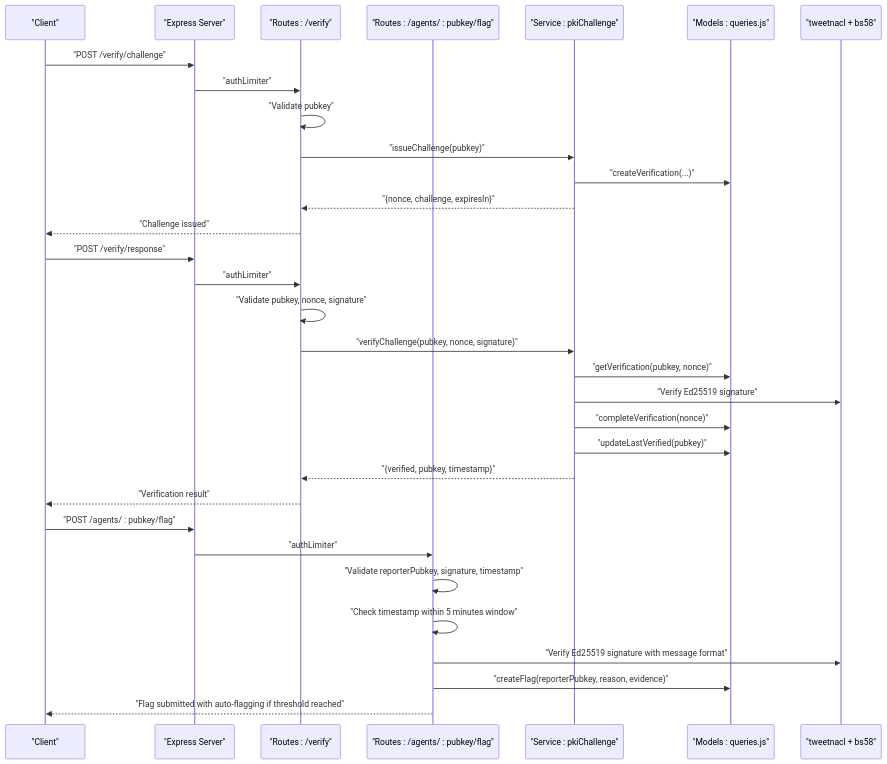
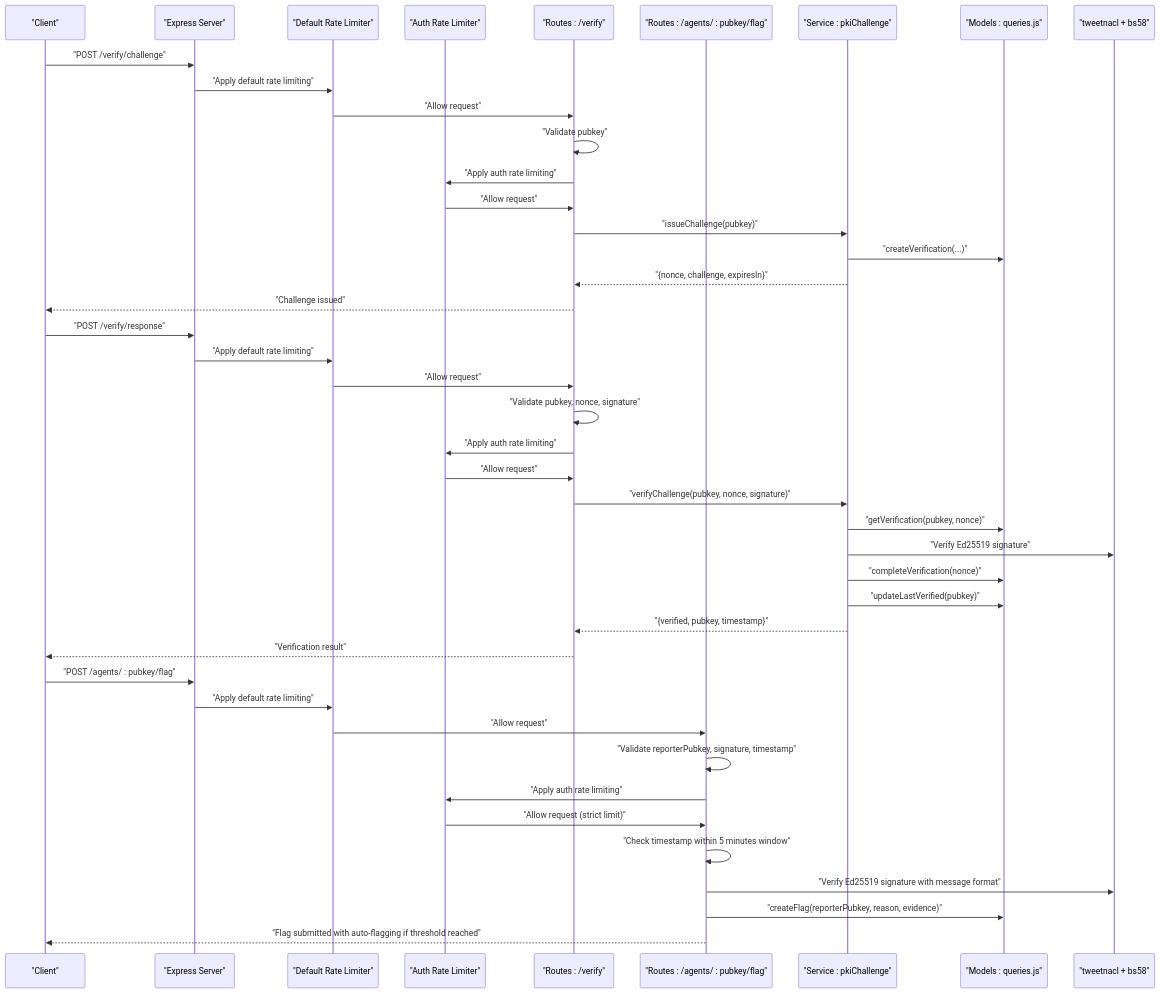
One commit to RunTimeAdmin/AgentID changed the second of 9 diagrams in .qoder/repowiki/en/content/Security Implementation.md. Above: the diagram before and after it, drawn with Mermaid. The commit also changed other lines of this file and 9 other files, not shown here.

````diff
--- a/.qoder/repowiki/en/content/Security Implementation.md
+++ b/.qoder/repowiki/en/content/Security Implementation.md
@@ -167,34 +172,45 @@
 ```mermaid
 sequenceDiagram
 participant Client as "Client"
 participant Server as "Express Server"
+participant DefaultLimiter as "Default Rate Limiter"
+participant AuthLimiter as "Auth Rate Limiter"
 participant VerifyRoute as "Routes : /verify"
 participant AttestationsRoute as "Routes : /agents/ : pubkey/flag"
 participant PKIService as "Service : pkiChallenge"
 participant DB as "Models : queries.js"
 participant Crypto as "tweetnacl + bs58"
 Client->>Server : "POST /verify/challenge"
-Server->>VerifyRoute : "authLimiter"
+Server->>DefaultLimiter : "Apply default rate limiting"
+DefaultLimiter->>VerifyRoute : "Allow request"
 VerifyRoute->>VerifyRoute : "Validate pubkey"
+VerifyRoute->>AuthLimiter : "Apply auth rate limiting"
+AuthLimiter->>VerifyRoute : "Allow request"
 VerifyRoute->>PKIService : "issueChallenge(pubkey)"
 PKIService->>DB : "createVerification(...)"
 PKIService-->>VerifyRoute : "{nonce, challenge, expiresIn}"
 VerifyRoute-->>Client : "Challenge issued"
 Client->>Server : "POST /verify/response"
-Server->>VerifyRoute : "authLimiter"
+Server->>DefaultLimiter : "Apply default rate limiting"
+DefaultLimiter->>VerifyRoute : "Allow request"
 VerifyRoute->>VerifyRoute : "Validate pubkey, nonce, signature"
+VerifyRoute->>AuthLimiter : "Apply auth rate limiting"
+AuthLimiter->>VerifyRoute : "Allow request"
 VerifyRoute->>PKIService : "verifyChallenge(pubkey, nonce, signature)"
 PKIService->>DB : "getVerification(pubkey, nonce)"
 PKIService->>Crypto : "Verify Ed25519 signature"
 PKIService->>DB : "completeVerification(nonce)"
 PKIService->>DB : "updateLastVerified(pubkey)"
 PKIService-->>VerifyRoute : "{verified, pubkey, timestamp}"
 VerifyRoute-->>Client : "Verification result"
 Client->>Server : "POST /agents/ : pubkey/flag"
-Server->>AttestationsRoute : "authLimiter"
+Server->>DefaultLimiter : "Apply default rate limiting"
+DefaultLimiter->>AttestationsRoute : "Allow request"
 AttestationsRoute->>AttestationsRoute : "Validate reporterPubkey, signature, timestamp"
+AttestationsRoute->>AuthLimiter : "Apply auth rate limiting"
+AuthLimiter->>AttestationsRoute : "Allow request (strict limit)"
 AttestationsRoute->>AttestationsRoute : "Check timestamp within 5 minutes window"
 AttestationsRoute->>Crypto : "Verify Ed25519 signature with message format"
 AttestationsRoute->>DB : "createFlag(reporterPubkey, reason, evidence)"
 AttestationsRoute-->>Client : "Flag submitted with auto-flagging if threshold reached"
 ```
````
